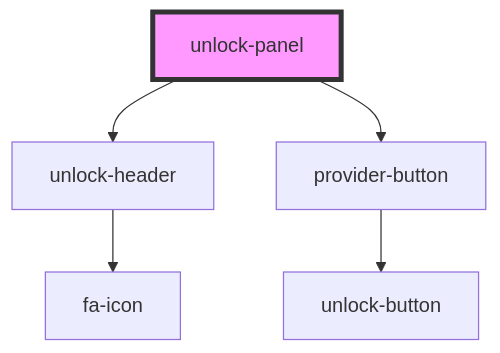
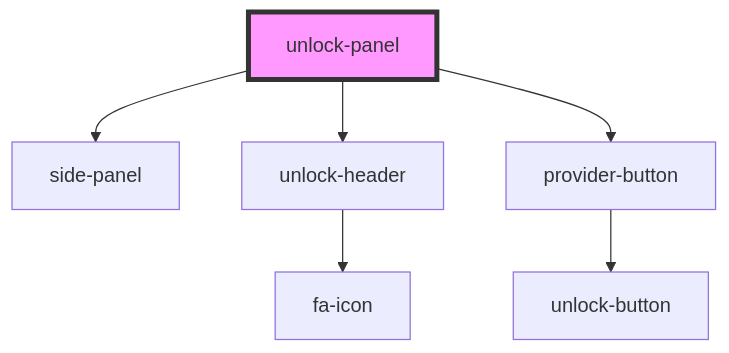
The diagram in src/components/unlock-panel/readme.md (multiversx/mx-sdk-dapp-ui), drawn with Mermaid before and after one commit. The commit also changed other lines of this file and 18 other files, not shown here.

````diff
--- a/src/components/unlock-panel/readme.md
+++ b/src/components/unlock-panel/readme.md
@@ -32,8 +33,9 @@
 ```mermaid
 graph TD;
+  unlock-panel --> side-panel
   unlock-panel --> unlock-header
   unlock-panel --> provider-button
   unlock-header --> fa-icon
   provider-button --> unlock-button
   style unlock-panel fill:#f9f,stroke:#333,stroke-width:4px
 ```
````
